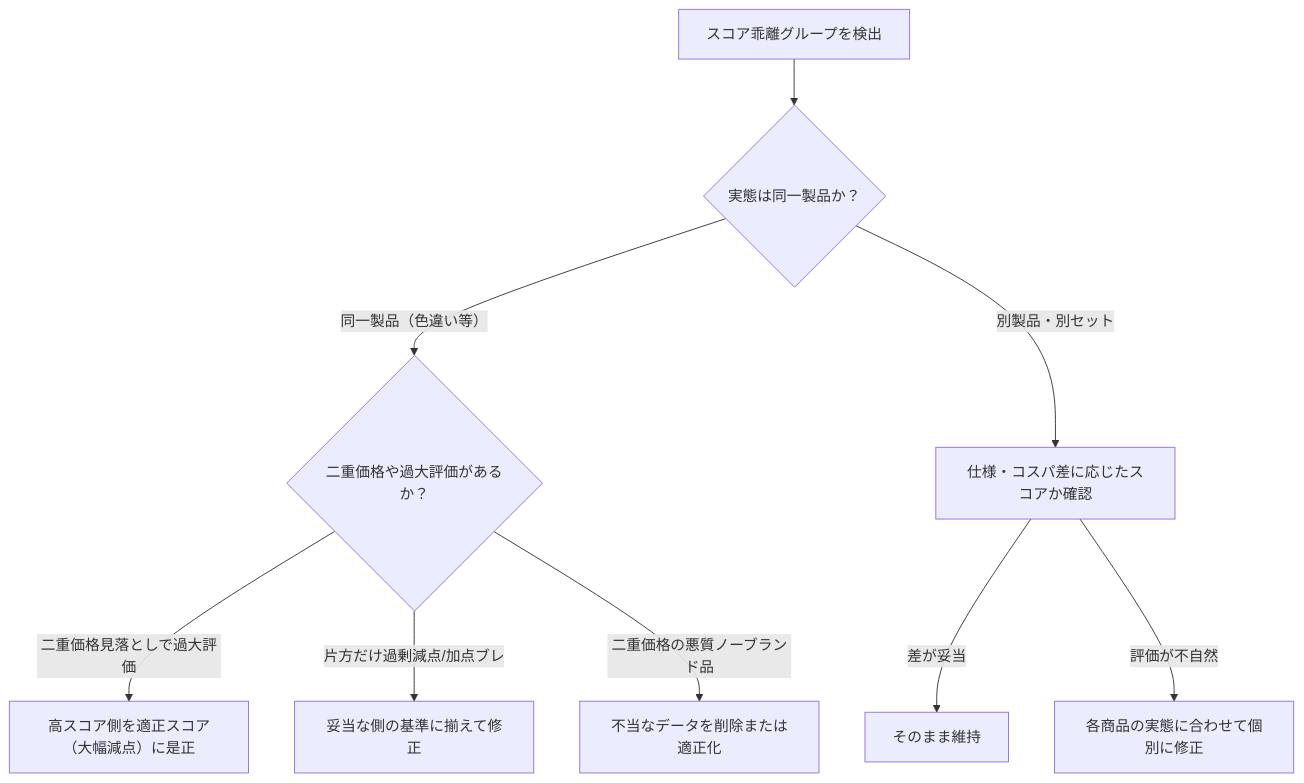
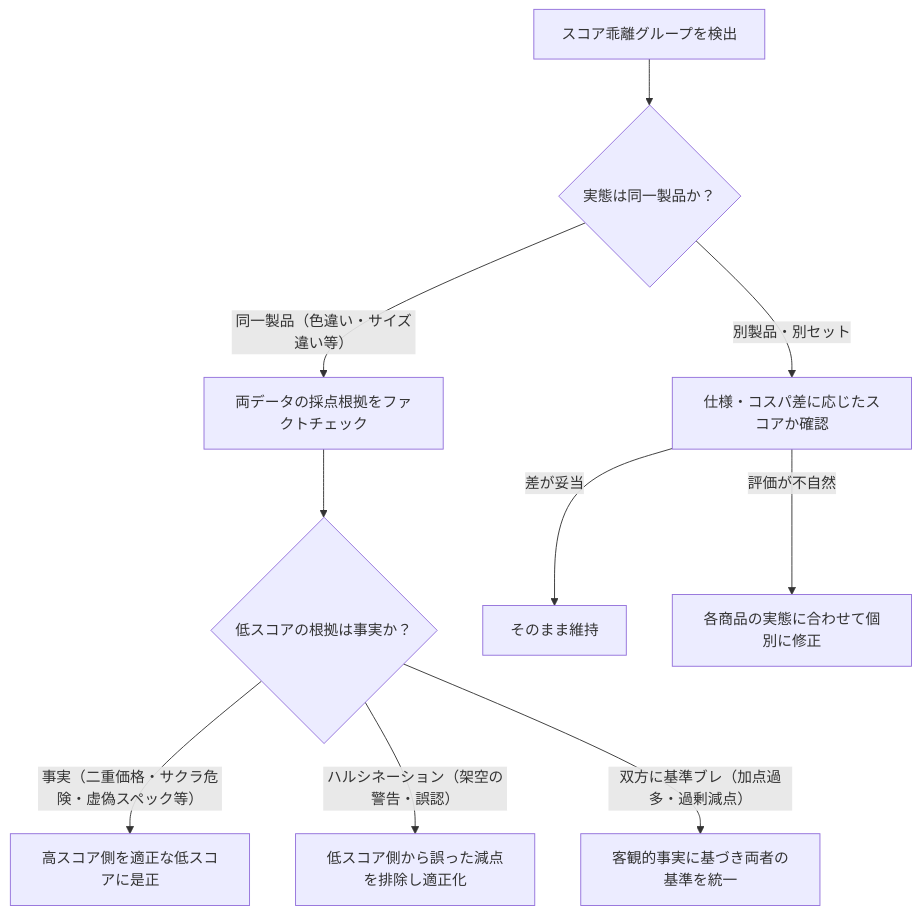
One commit to aegisfleet/amazon-product-article changed the diagram in .agent/workflows/resolve-score-discrepancy.md. Above: the diagram before and after it, drawn with Mermaid. The commit also changed other lines of this file and 2 other files, not shown here.

````diff
--- a/.agent/workflows/resolve-score-discrepancy.md
+++ b/.agent/workflows/resolve-score-discrepancy.md
@@ -53,13 +70,14 @@
 ```mermaid
 flowchart TD
     A[スコア乖離グループを検出] --> B{実態は同一製品か？}
-    B -- "同一製品（色違い等）" --> C{二重価格や過大評価があるか？}
+    B -- "同一製品（色違い・サイズ違い等）" --> C[両データの採点根拠をファクトチェック]
     B -- "別製品・別セット" --> D[仕様・コスパ差に応じたスコアか確認]
     
-    C -- "二重価格見落としで過大評価" --> E[高スコア側を適正スコア（大幅減点）に是正]
-    C -- "片方だけ過剰減点/加点ブレ" --> F[妥当な側の基準に揃えて修正]
-    C -- "二重価格の悪質ノーブランド品" --> G[不当なデータを削除または適正化]
+    C --> E{低スコアの根拠は事実か？}
+    E -- "事実（二重価格・サクラ危険・虚偽スペック等）" --> F[高スコア側を適正な低スコアに是正]
+    E -- "ハルシネーション（架空の警告・誤認）" --> G[低スコア側から誤った減点を排除し適正化]
+    E -- "双方に基準ブレ（加点過多・過剰減点）" --> H[客観的事実に基づき両者の基準を統一]
     
-    D -- "差が妥当" --> H[そのまま維持]
-    D -- "評価が不自然" --> I[各商品の実態に合わせて個別に修正]
+    D -- "差が妥当" --> I[そのまま維持]
+    D -- "評価が不自然" --> J[各商品の実態に合わせて個別に修正]
 ```
````
